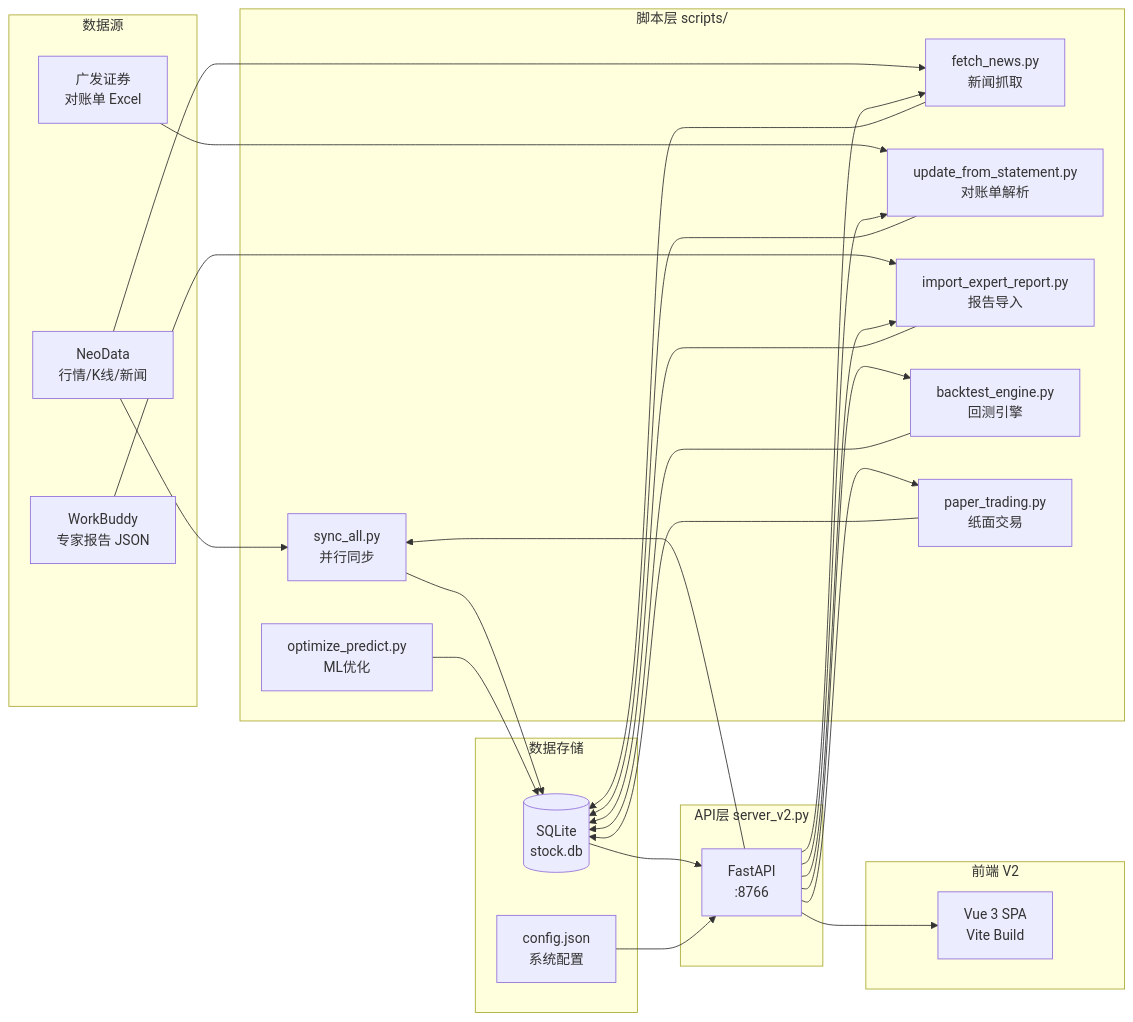
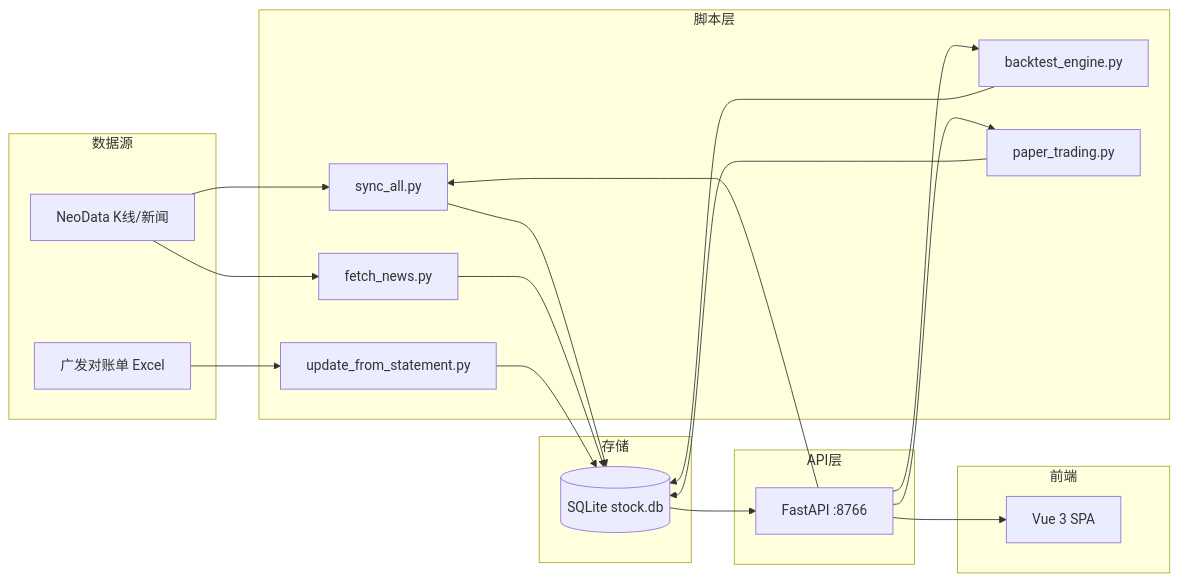
Before and after one commit to buyue0415/codebuddy: the diagram in docs/specs/README.md, drawn with Mermaid. The commit also changed other lines of this file and 116 other files, not shown here.

````diff
--- a/docs/specs/README.md
+++ b/docs/specs/README.md
@@ -123,55 +128,36 @@
 ```mermaid
 flowchart LR
-    subgraph DataSources["数据源"]
-        ND[NeoData<br/>行情/K线/新闻]
-        GS[广发证券<br/>对账单 Excel]
-        WB[WorkBuddy<br/>专家报告 JSON]
+    subgraph DS["数据源"]
+        ND[NeoData K线/新闻]
+        GS[广发对账单 Excel]
     end
-
-    subgraph Scripts["脚本层 scripts/"]
-        SY[sync_all.py<br/>并行同步]
-        FN[fetch_news.py<br/>新闻抓取]
-        US[update_from_statement.py<br/>对账单解析]
-        IE[import_expert_report.py<br/>报告导入]
-        BT[backtest_engine.py<br/>回测引擎]
-        PT[paper_trading.py<br/>纸面交易]
-        OP[optimize_predict.py<br/>ML优化]
+    subgraph SCR["脚本层"]
+        SY[sync_all.py]
+        FN[fetch_news.py]
+        US[update_from_statement.py]
+        BE[backtest_engine.py]
+        PT[paper_trading.py]
     end
-
-    subgraph Storage["数据存储"]
-        DB[(SQLite<br/>stock.db)]
-        CFG[config.json<br/>系统配置]
+    subgraph ST["存储"]
+        DB[(SQLite stock.db)]
     end
-
-    subgraph API["API层 server_v2.py"]
-        FA[FastAPI<br/>:8766]
+    subgraph API["API层"]
+        FA[FastAPI :8766]
     end
-
-    subgraph Frontend["前端 V2"]
-        VUE[Vue 3 SPA<br/>Vite Build]
+    subgraph FE["前端"]
+        VUE[Vue 3 SPA]
     end
-
-    ND --> SY
-    ND --> FN
-    GS --> US
-    WB --> IE
-
-    SY --> DB
-    FN --> DB
-    US --> DB
-    IE --> DB
-    BT --> DB
-    PT --> DB
-    OP --> DB
-
-    DB --> FA
-    CFG --> FA
-
-    FA --> VUE
-    FA --> BT
-    FA --> PT
-    FA --> SY
-    FA --> FN
-    FA --> IE
-    FA --> US
+    ND-->SY
+    ND-->FN
+    GS-->US
+    SY-->DB
+    FN-->DB
+    US-->DB
+    BE-->DB
+    PT-->DB
+    DB-->FA
+    FA-->VUE
+    FA-->BE
+    FA-->PT
+    FA-->SY
 ```
````
